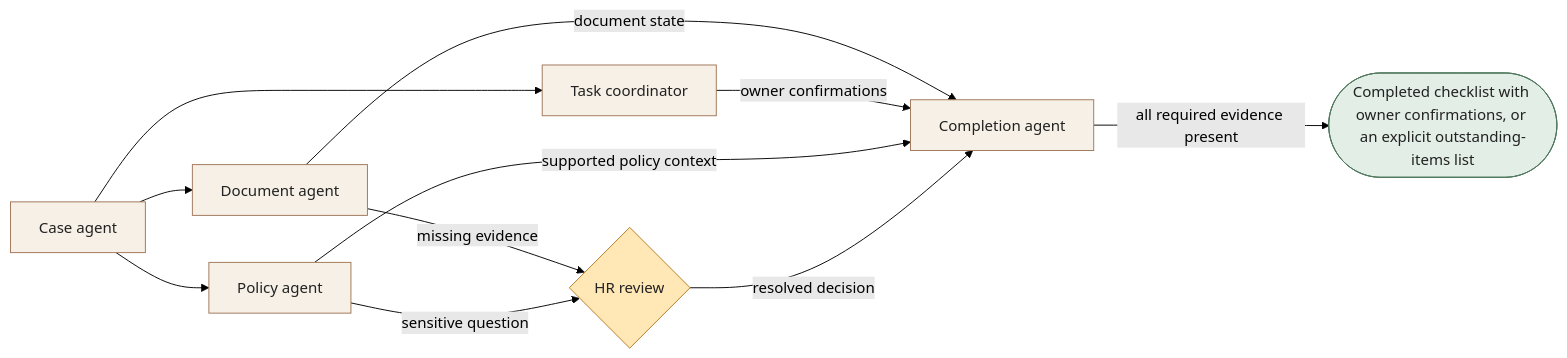
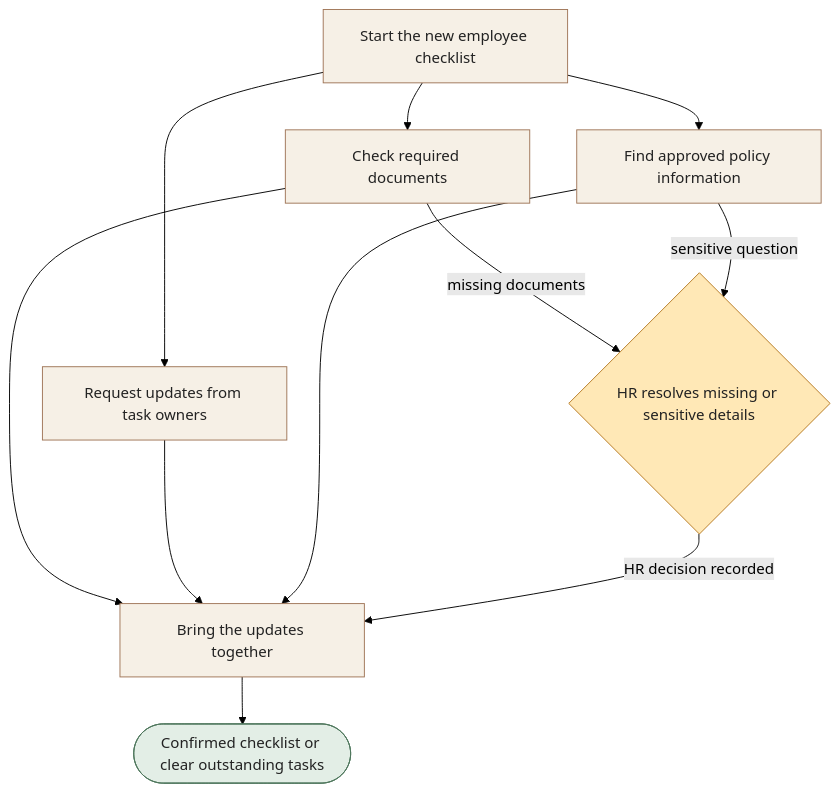
Before and after one commit to dextee/claude-code-agent-team-guide: the diagram in docs/workflows/hr-operations.md, drawn with Mermaid (forest theme). The commit also changed other lines of this file and 28 other files, not shown here.

````diff
--- a/docs/workflows/hr-operations.md
+++ b/docs/workflows/hr-operations.md
@@ -21,26 +25,26 @@
 ```mermaid
-flowchart LR
-A["Case agent"]
-B["Document agent"]
-C["Task coordinator"]
-D["Policy agent"]
-E["Completion agent"]
-H{"HR review"}
-O(["Completed checklist with owner confirmations, or an explicit outstanding-items list"])
+flowchart TD
+A["Start the new employee checklist"]
+B["Check required documents"]
+C["Request updates from task owners"]
+D["Find approved policy information"]
+E["Bring the updates together"]
+H{"HR resolves missing or sensitive details"}
+O(["Confirmed checklist or clear outstanding tasks"])
 A --> B
 A --> C
 A --> D
-B -->|document state| E
-C -->|owner confirmations| E
-D -->|supported policy context| E
-B -->|missing evidence| H
+B --> E
+C --> E
+D --> E
+B -->|missing documents| H
 D -->|sensitive question| H
-H -->|resolved decision| E
-E -->|all required evidence present| O
-classDef agent fill:#f6f0e6,stroke:#9f7557,color:#222222
+H -->|HR decision recorded| E
+E --> O
+classDef assistant fill:#f6f0e6,stroke:#9f7557,color:#222222
 classDef human fill:#ffe8b6,stroke:#b57821,color:#222222
 classDef outcome fill:#e3eee6,stroke:#4e775c,color:#222222
-class A,B,C,D,E agent
+class A,B,C,D,E assistant
 class H human
 class O outcome
 ```
````
